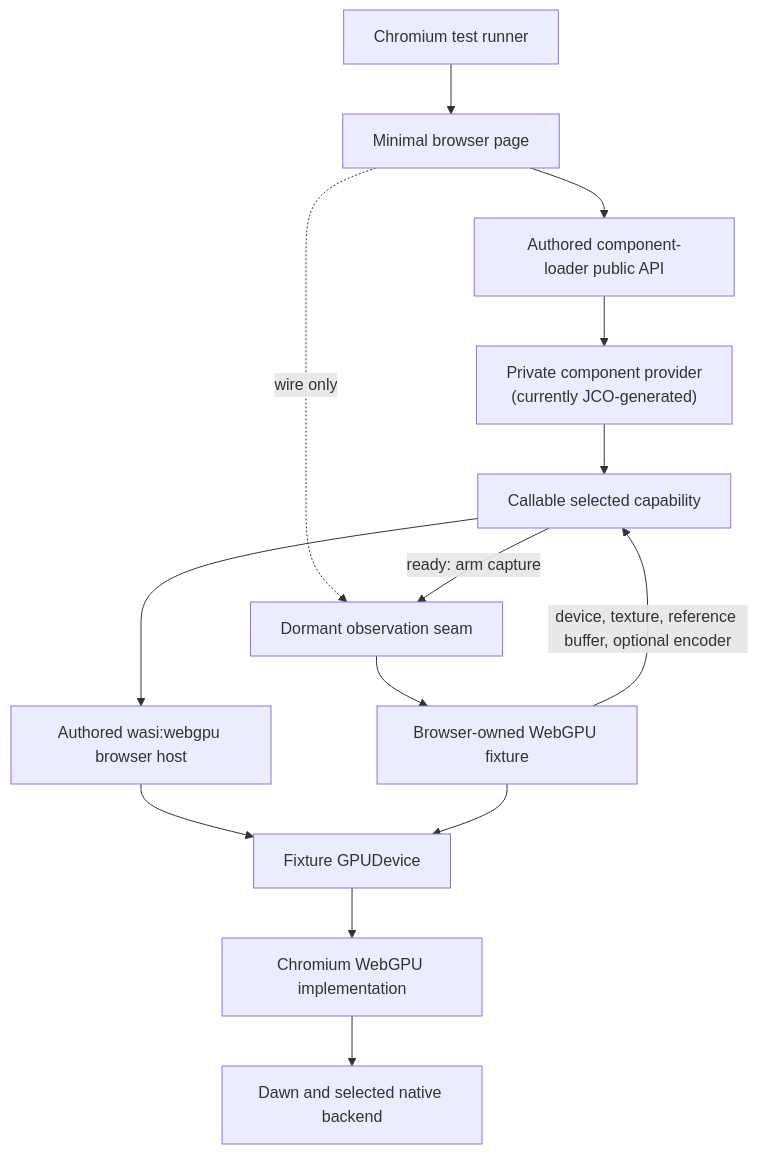
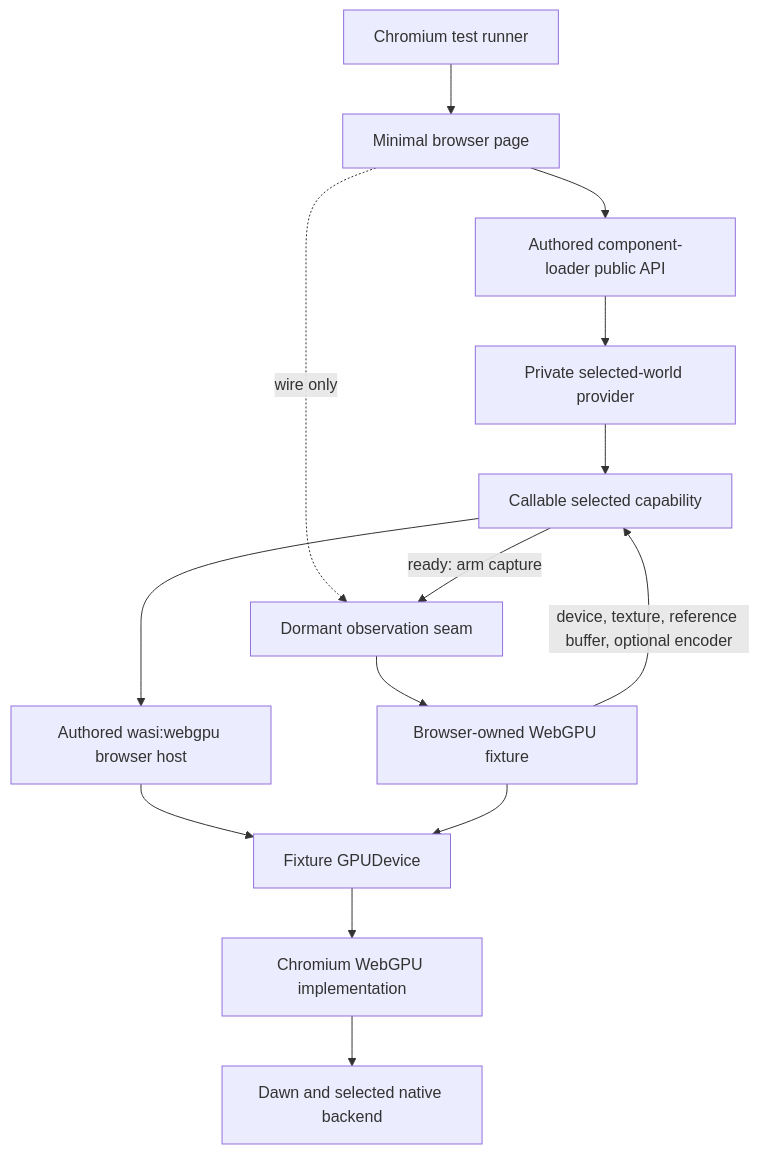
One commit to project-millipede/rendered-shape-analyser changed the first of 4 diagrams in docs/testing/browser-lifetime/architecture-and-code-reuse.md. Above: the diagram before and after it, drawn with Mermaid. The commit also changed other lines of this file and 5 other files, not shown here.

````diff
--- a/docs/testing/browser-lifetime/architecture-and-code-reuse.md
+++ b/docs/testing/browser-lifetime/architecture-and-code-reuse.md
@@ -48,16 +48,16 @@
 ```mermaid
 flowchart TD
   R["Chromium test runner"] --> P["Minimal browser page"]
   P --> L["Authored component-loader public API"]
-  L --> G["Private component provider<br/>(currently JCO-generated)"]
+  L --> G["Private selected-world provider"]
   G --> A["Callable selected capability"]
   P -. "wire only" .-> O["Dormant observation seam"]
   A -- "ready: arm capture" --> O
   O --> F["Browser-owned WebGPU fixture"]
   A --> W["Authored wasi:webgpu browser host"]
   W --> D["Fixture GPUDevice"]
   F --> D
   D --> C["Chromium WebGPU implementation"]
   C --> N["Dawn and selected native backend"]
   F -- "device, texture, reference buffer, optional encoder" --> A
 ```
````
